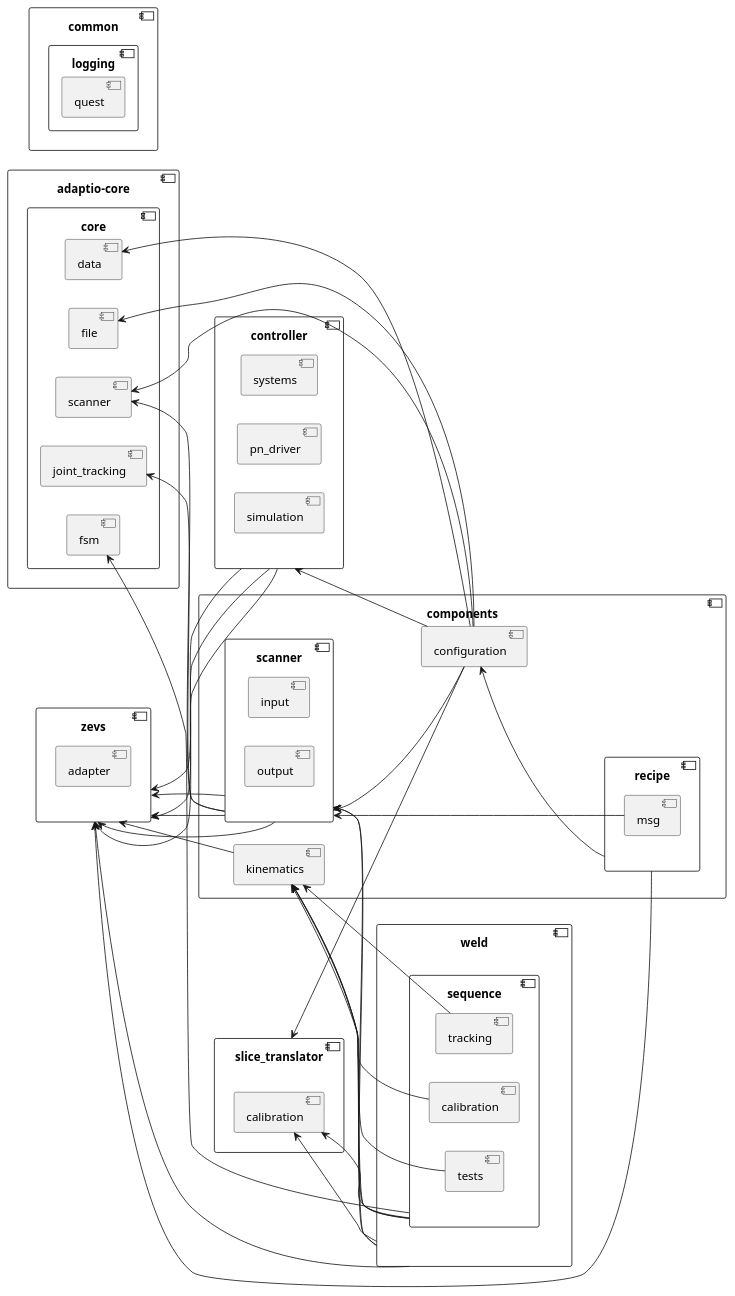
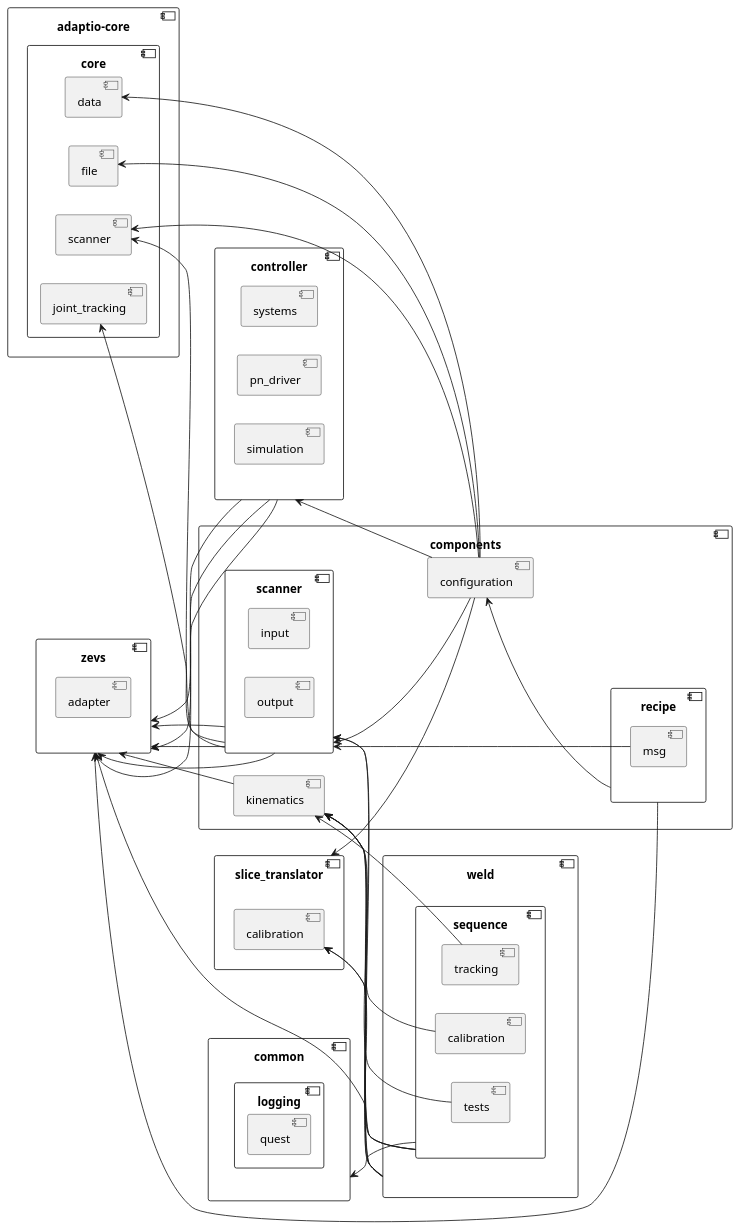
One commit to usrk04134-droid/adaptio-main changed the diagram in src/DOCS.md. Above: the diagram before and after it, drawn with PlantUML.

Commit message:
Checkpoint before follow-up message

```diff
--- a/src/DOCS.md
+++ b/src/DOCS.md
@@ -17,9 +17,6 @@
     }
 
     component "file" as common::file {
-    }
-
-    component "fsm" as common::fsm {
     }
 
     component "joint_tracking" as common::joint_tracking {
```
